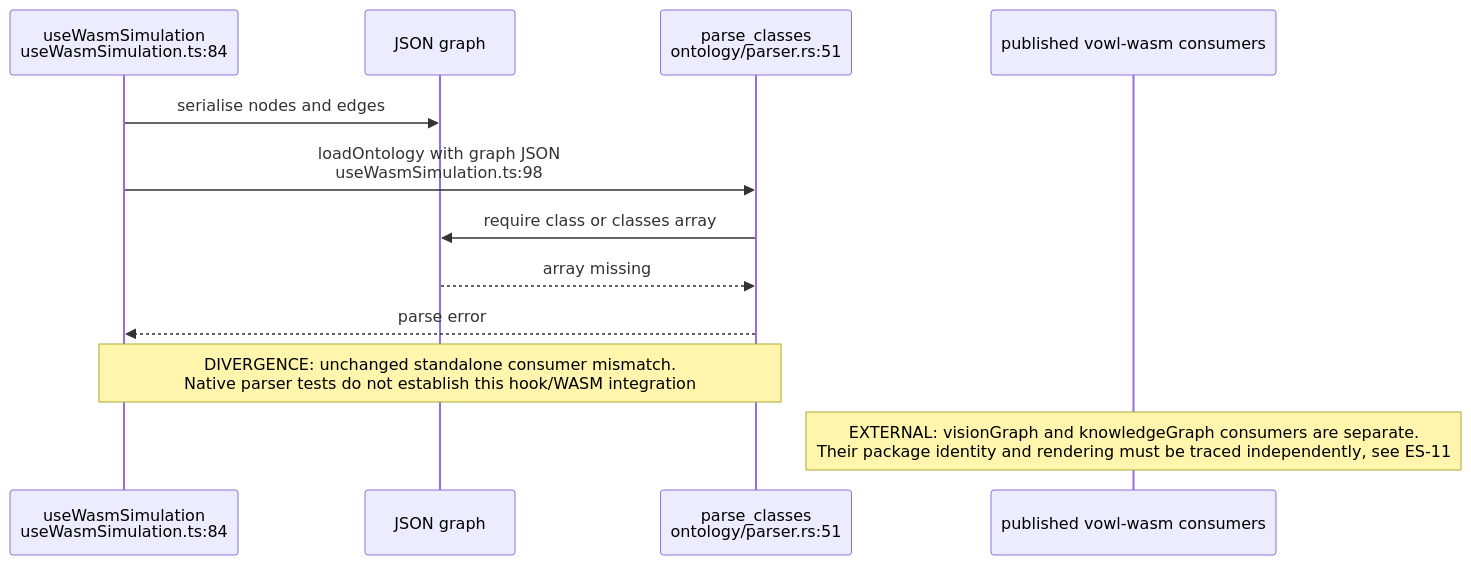
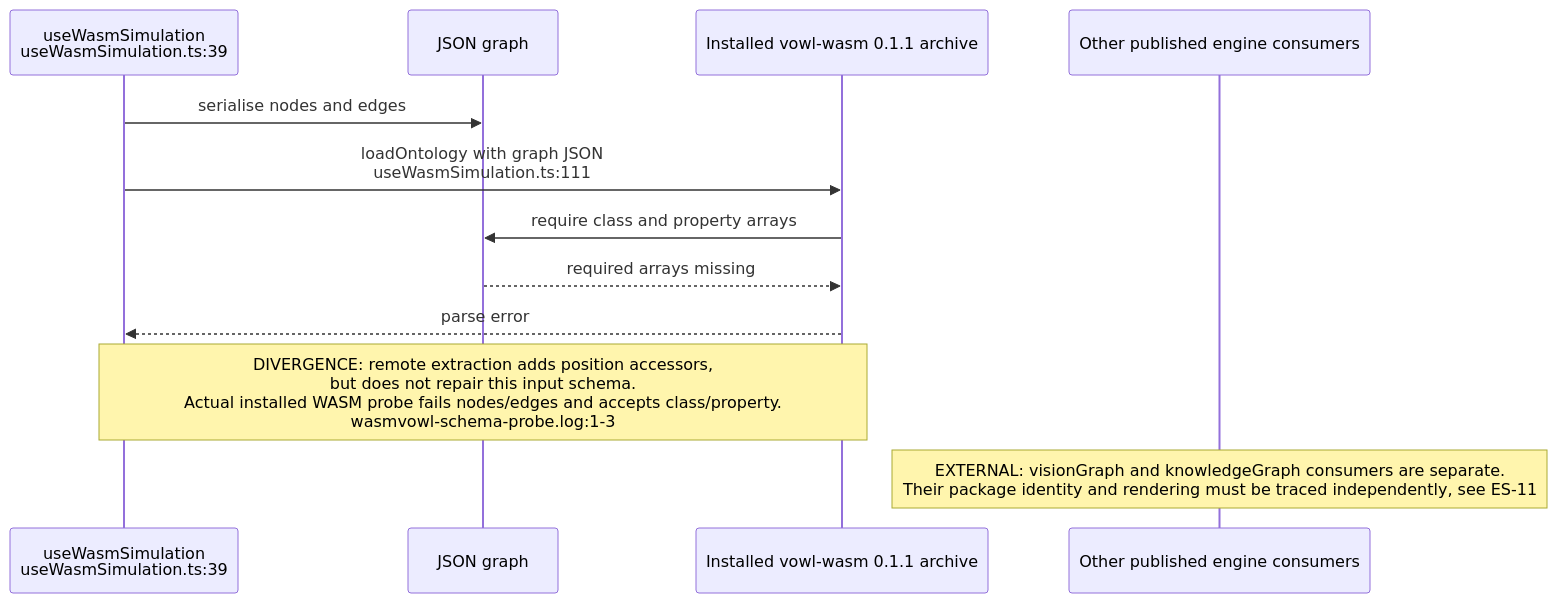
Before and after one commit to DreamLab-AI/VisionFlow: the third of 5 diagrams in docs/diagrams/estate/90-evidence-and-supporting-repositories.md, drawn with Mermaid. The commit also changed other lines of this file and 52 other files, not shown here.

First line of the commit message:
docs(diagrams): wave 3 checkpoint — bare line refs resolved, revision-pinned cite-check, VC-05/AB-01..13 re-attested

````diff
--- a/docs/diagrams/estate/90-evidence-and-supporting-repositories.md
+++ b/docs/diagrams/estate/90-evidence-and-supporting-repositories.md
@@ -60,14 +61,14 @@
 ```mermaid
 sequenceDiagram
-    participant H as useWasmSimulation<br/>useWasmSimulation.ts:84
+    participant H as useWasmSimulation<br/>useWasmSimulation.ts:39
     participant J as JSON graph
-    participant P as parse_classes<br/>ontology/parser.rs:51
-    participant V as published vowl-wasm consumers
+    participant P as Installed vowl-wasm 0.1.1 archive
+    participant V as Other published engine consumers
     H->>J: serialise nodes and edges
-    H->>P: loadOntology with graph JSON<br/>useWasmSimulation.ts:98
-    P->>J: require class or classes array
-    J-->>P: array missing
+    H->>P: loadOntology with graph JSON<br/>useWasmSimulation.ts:111
+    P->>J: require class and property arrays
+    J-->>P: required arrays missing
     P-->>H: parse error
-    Note over H,P: DIVERGENCE: unchanged standalone consumer mismatch.<br/>Native parser tests do not establish this hook/WASM integration
+    Note over H,P: DIVERGENCE: remote extraction adds position accessors,<br/>but does not repair this input schema.<br/>Actual installed WASM probe fails nodes/edges and accepts class/property.<br/>wasmvowl-schema-probe.log:1-3
     Note over V: EXTERNAL: visionGraph and knowledgeGraph consumers are separate.<br/>Their package identity and rendering must be traced independently, see ES-11
 ```
````
